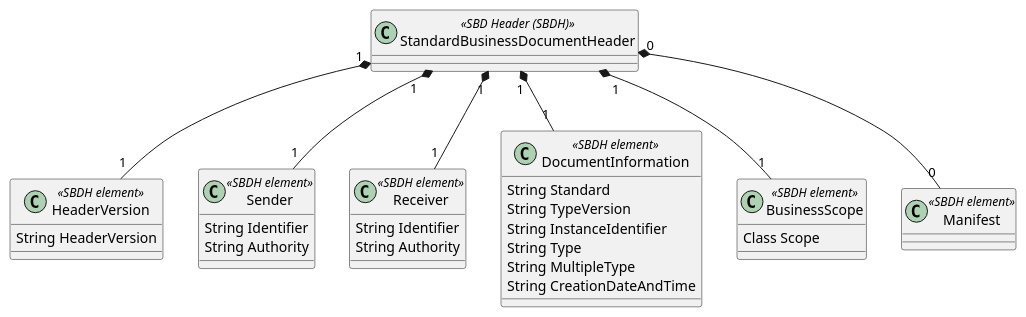
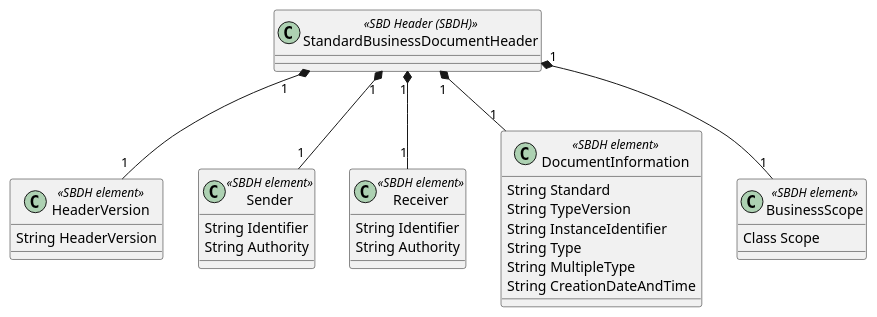
The diagram in images-source/ClassSbdhBasic.plantuml (medcomdk/dk-ehmi-sbdh), drawn with PlantUML before and after one commit. The commit also changed 4 other files, not shown here.

```diff
--- a/images-source/ClassSbdhBasic.plantuml
+++ b/images-source/ClassSbdhBasic.plantuml
@@ -1,52 +1,50 @@
 @startuml SBD
 
 class HeaderVersion
 {
     String HeaderVersion
 }
 
 class Sender
 {
     String Identifier
     String Authority
 }
 
 class Receiver
 {
     String Identifier
     String Authority
 }
 
 class DocumentInformation
 {
     String Standard
     String TypeVersion
     String InstanceIdentifier
     String Type
     String MultipleType
     String CreationDateAndTime
 }
 
 class BusinessScope
 {
     Class Scope
 }
 
 class "StandardBusinessDocumentHeader" as SBDH <<SBD Header (SBDH)>>
 class "HeaderVersion" as HeaderVersion <<SBDH element>>
 class "Sender" as Sender <<SBDH element>>
 class "Receiver" as Receiver <<SBDH element>>
 class "DocumentInformation" as DocumentInformation <<SBDH element>>
-class "Manifest" as Manifest <<SBDH element>>
 class "BusinessScope" as BusinessScope <<SBDH element>>
 
 
 SBDH "1" *-- "1" HeaderVersion 
 SBDH "1" *-- "1" Sender 
 SBDH "1" *-- "1" Receiver 
 SBDH "1" *-- "1" DocumentInformation 
-SBDH "0" *-- "0" Manifest 
 SBDH "1" *-- "1" BusinessScope 
 
 
 @enduml
```
